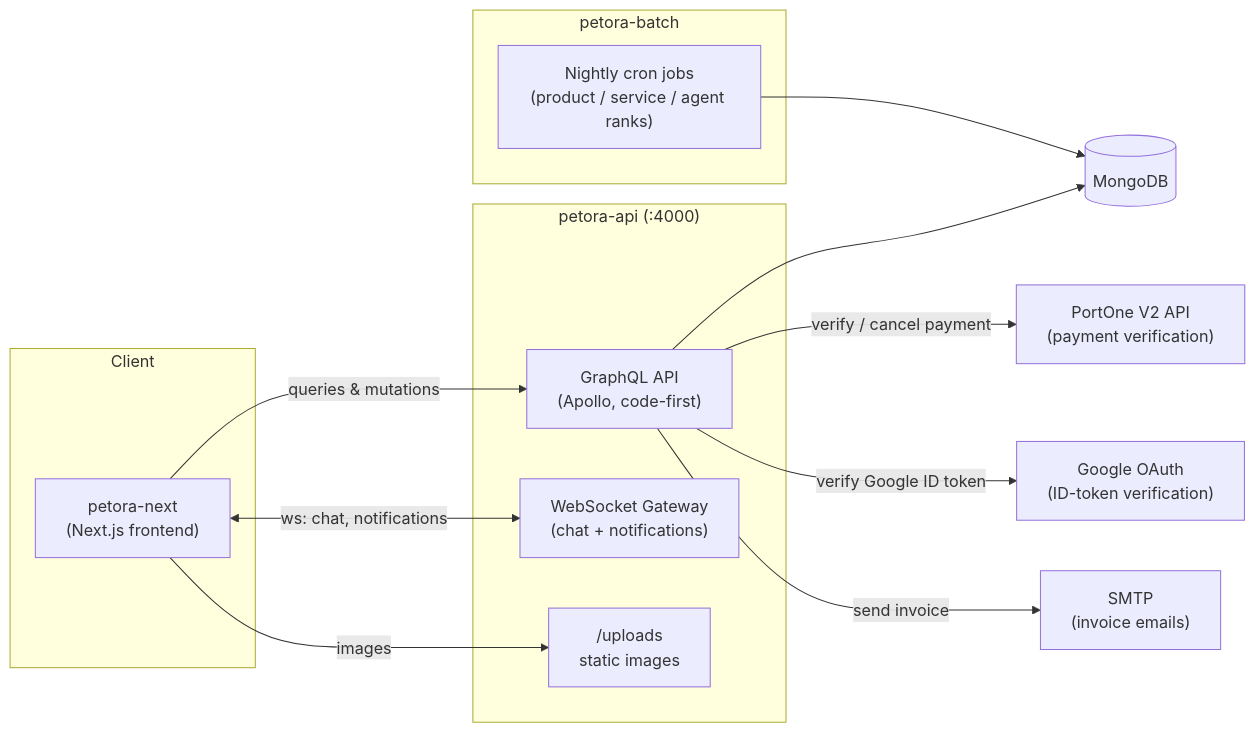
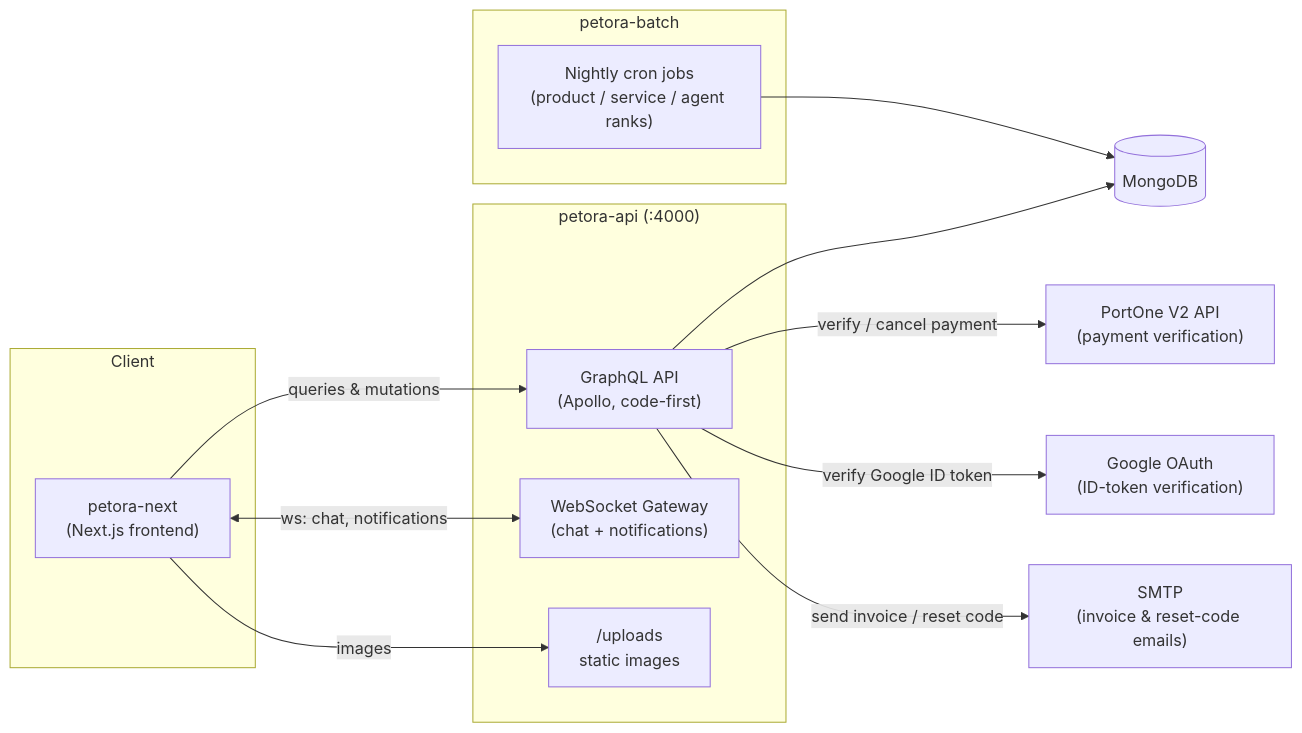
The first of 2 diagrams in README.md (NBekhruzbek/petora-nest), drawn with Mermaid before and after one commit. The commit also changed other lines of this file, not shown here.

Commit message:
docs: document the password reset flow in readme.md

````diff
--- a/README.md
+++ b/README.md
@@ -61,30 +61,30 @@
 ```mermaid
 flowchart LR
     subgraph Client
         FE["petora-next<br/>(Next.js frontend)"]
     end
 
     subgraph "petora-api (:4000)"
         GQL["GraphQL API<br/>(Apollo, code-first)"]
         WS["WebSocket Gateway<br/>(chat + notifications)"]
         UP["/uploads<br/>static images"]
     end
 
     subgraph "petora-batch"
         CRON["Nightly cron jobs<br/>(product / service / agent ranks)"]
     end
 
     DB[("MongoDB")]
     PORTONE["PortOne V2 API<br/>(payment verification)"]
     GOOGLE["Google OAuth<br/>(ID-token verification)"]
-    SMTP["SMTP<br/>(invoice emails)"]
+    SMTP["SMTP<br/>(invoice & reset-code emails)"]
 
     FE -->|queries & mutations| GQL
     FE <-->|ws: chat, notifications| WS
     FE -->|images| UP
     GQL --> DB
     CRON --> DB
     GQL -->|verify / cancel payment| PORTONE
     GQL -->|verify Google ID token| GOOGLE
-    GQL -->|send invoice| SMTP
+    GQL -->|send invoice / reset code| SMTP
 ```
````
